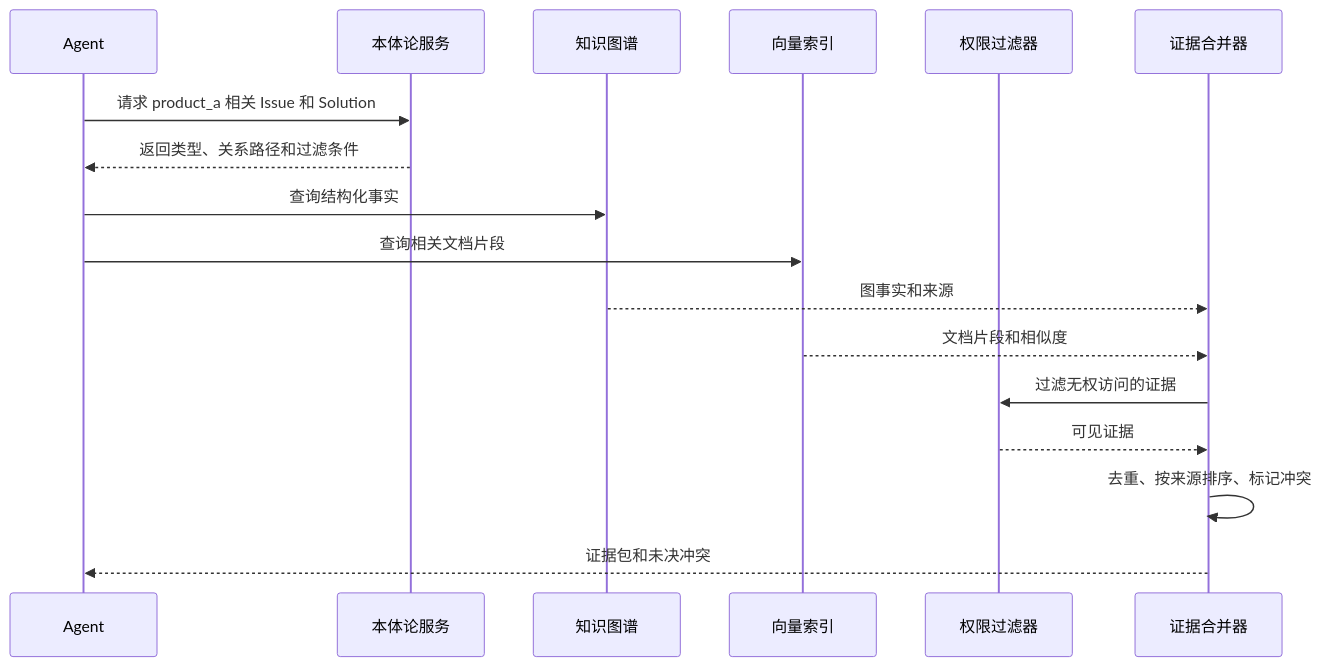
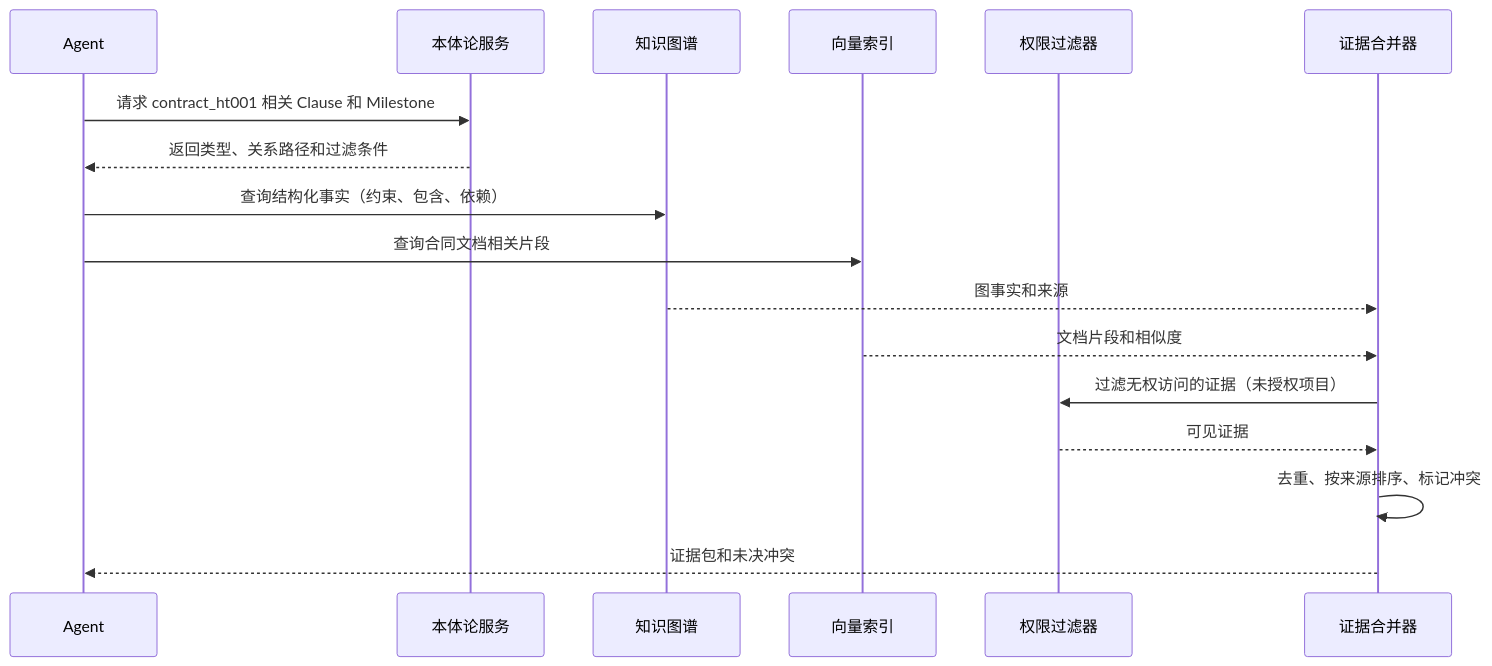
The fourth of 4 diagrams in 本体论-agent/05-Agent集成/12.本体论增强RAG.md (sealzrt/2026-08--agent), drawn with Mermaid before and after one commit. The commit also changed other lines of this file and 62 other files, not shown here.

````diff
--- a/本体论-agent/05-Agent集成/12.本体论增强RAG.md
+++ b/本体论-agent/05-Agent集成/12.本体论增强RAG.md
@@ -108,20 +159,20 @@
 ```mermaid
 sequenceDiagram
     participant A as Agent
     participant O as 本体论服务
     participant G as 知识图谱
     participant V as 向量索引
     participant P as 权限过滤器
     participant M as 证据合并器
 
-    A->>O: 请求 product_a 相关 Issue 和 Solution
+    A->>O: 请求 contract_ht001 相关 Clause 和 Milestone
     O-->>A: 返回类型、关系路径和过滤条件
-    A->>G: 查询结构化事实
-    A->>V: 查询相关文档片段
+    A->>G: 查询结构化事实（约束、包含、依赖）
+    A->>V: 查询合同文档相关片段
     G-->>M: 图事实和来源
     V-->>M: 文档片段和相似度
-    M->>P: 过滤无权访问的证据
+    M->>P: 过滤无权访问的证据（未授权项目）
     P-->>M: 可见证据
     M->>M: 去重、按来源排序、标记冲突
     M-->>A: 证据包和未决冲突
 ```
````
